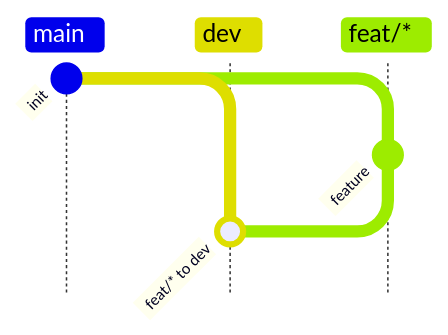
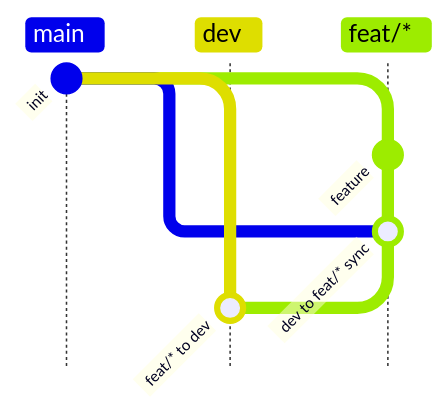
The diagram in README.md (ylang-ylang/gitguard), drawn with Mermaid before and after one commit. The commit also changed other lines of this file and 12 other files, not shown here.

````diff
--- a/README.md
+++ b/README.md
@@ -79,11 +81,15 @@
 ```mermaid
 gitGraph TB:
     commit id:"init"
     branch dev
     checkout dev
     branch "feat/*"
     checkout "feat/*"
     commit id:"feature"
     checkout dev
+    %% dev may advance here through other allowed merges
+    checkout "feat/*"
+    merge dev id:"dev to feat/* sync"
+    checkout dev
     merge "feat/*" id:"feat/* to dev"
 ```
````
